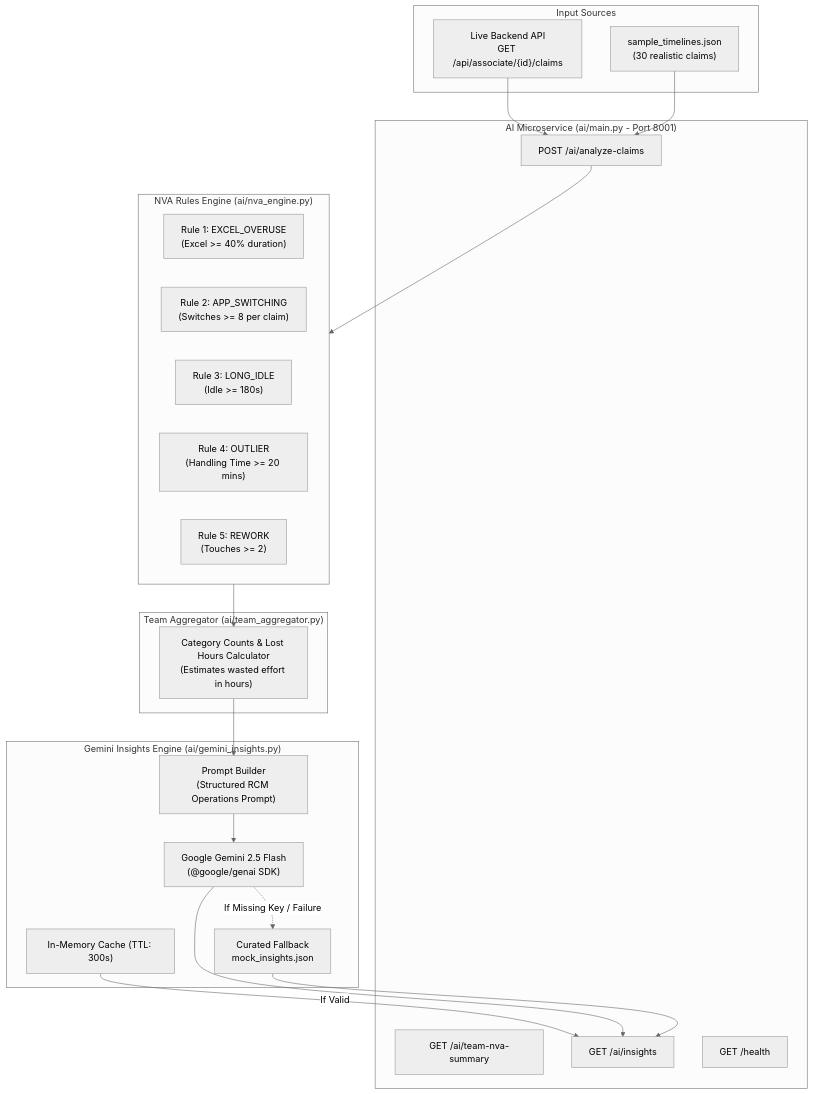
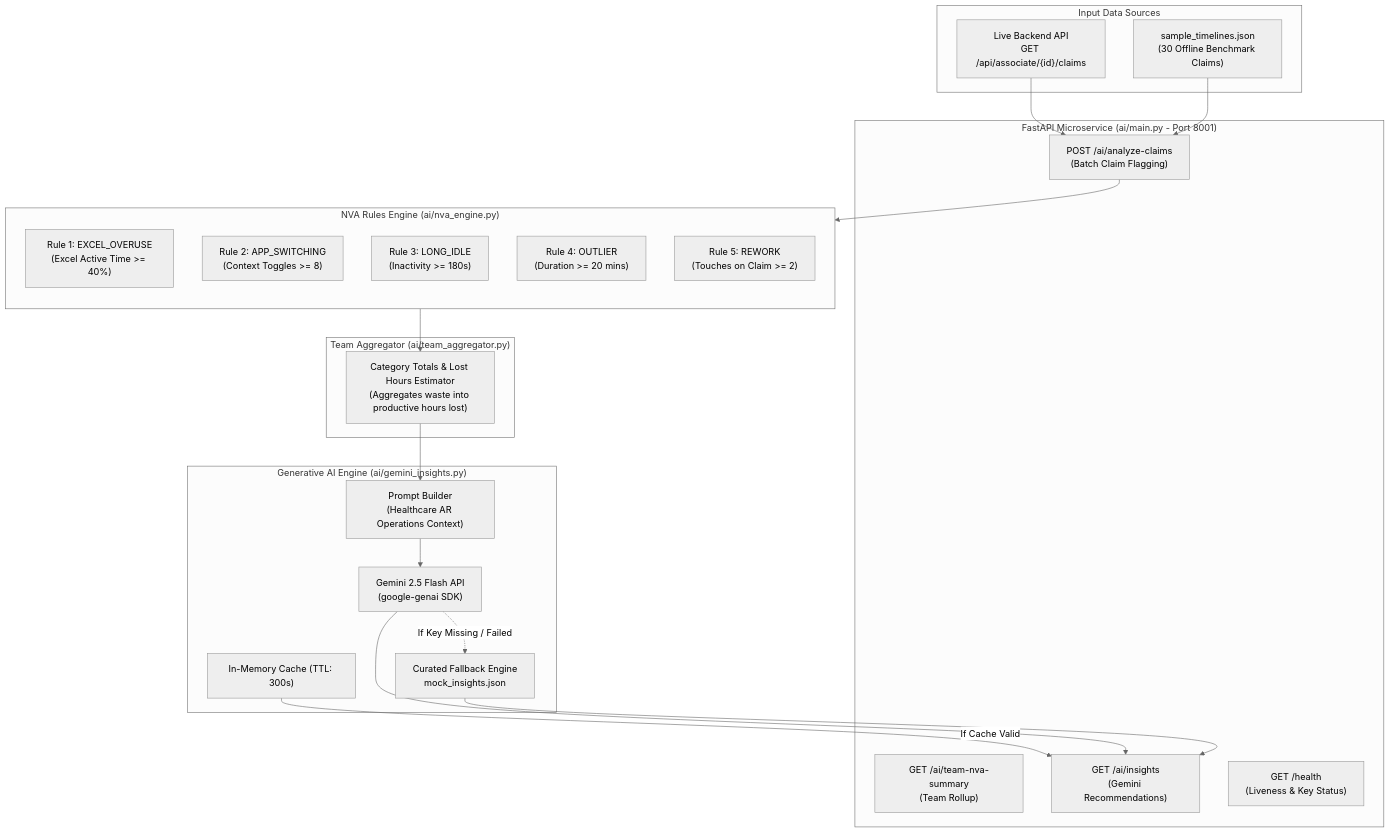
Before and after one commit to Gokul2004-ne/TMS: the diagram in ai/README.md, drawn with Mermaid (neutral theme). The commit also changed other lines of this file and 5 other files, not shown here.

````diff
--- a/ai/README.md
+++ b/ai/README.md
@@ -10,45 +23,46 @@
 ```mermaid
 flowchart TD
-    subgraph DataSources ["Input Sources"]
-        LiveAPI["Live Backend API\nGET /api/associate/{id}/claims"]
-        SampleFile["sample_timelines.json\n(30 realistic claims)"]
+    subgraph Ingestion ["Input Data Sources"]
+        LiveAPI["Live Backend API<br/>GET /api/associate/{id}/claims"]
+        SampleFile["sample_timelines.json<br/>(30 Offline Benchmark Claims)"]
     end
 
-    subgraph FastAPIService ["AI Microservice (ai/main.py - Port 8001)"]
-        AnalyzeEndpoint["POST /ai/analyze-claims"]
-        SummaryEndpoint["GET /ai/team-nva-summary"]
-        InsightsEndpoint["GET /ai/insights"]
-        HealthEndpoint["GET /health"]
+    subgraph ServiceController ["FastAPI Microservice (ai/main.py - Port 8001)"]
+        AnalyzeEndpoint["POST /ai/analyze-claims<br/>(Batch Claim Flagging)"]
+        SummaryEndpoint["GET /ai/team-nva-summary<br/>(Team Rollup)"]
+        InsightsEndpoint["GET /ai/insights<br/>(Gemini Recommendations)"]
+        HealthEndpoint["GET /health<br/>(Liveness & Key Status)"]
     end
 
     subgraph RulesEngine ["NVA Rules Engine (ai/nva_engine.py)"]
-        R1["Rule 1: EXCEL_OVERUSE\n(Excel >= 40% duration)"]
-        R2["Rule 2: APP_SWITCHING\n(Switches >= 8 per claim)"]
-        R3["Rule 3: LONG_IDLE\n(Idle >= 180s)"]
-        R4["Rule 4: OUTLIER\n(Handling Time >= 20 mins)"]
-        R5["Rule 5: REWORK\n(Touches >= 2)"]
+        direction TB
+        R1["Rule 1: EXCEL_OVERUSE<br/>(Excel Active Time >= 40%)"]
+        R2["Rule 2: APP_SWITCHING<br/>(Context Toggles >= 8)"]
+        R3["Rule 3: LONG_IDLE<br/>(Inactivity >= 180s)"]
+        R4["Rule 4: OUTLIER<br/>(Duration >= 20 mins)"]
+        R5["Rule 5: REWORK<br/>(Touches on Claim >= 2)"]
     end
 
-    subgraph AggregatorModule ["Team Aggregator (ai/team_aggregator.py)"]
-        Rollup["Category Counts & Lost Hours Calculator\n(Estimates wasted effort in hours)"]
+    subgraph Aggregator ["Team Aggregator (ai/team_aggregator.py)"]
+        LostTimeCalc["Category Totals & Lost Hours Estimator<br/>(Aggregates waste into productive hours lost)"]
     end
 
-    subgraph LLMGenerator ["Gemini Insights Engine (ai/gemini_insights.py)"]
+    subgraph GeminiModule ["Generative AI Engine (ai/gemini_insights.py)"]
         Cache["In-Memory Cache (TTL: 300s)"]
-        PromptBuilder["Prompt Builder\n(Structured RCM Operations Prompt)"]
-        GeminiAPI["Google Gemini 2.5 Flash\n(@google/genai SDK)"]
-        Fallback["Curated Fallback\nmock_insights.json"]
-        
-        Cache -->|"If Valid"| InsightsEndpoint
+        PromptBuilder["Prompt Builder<br/>(Healthcare AR Operations Context)"]
+        GeminiAPI["Gemini 2.5 Flash API<br/>(google-genai SDK)"]
+        Fallback["Curated Fallback Engine<br/>mock_insights.json"]
+
+        Cache -->|"If Cache Valid"| InsightsEndpoint
         PromptBuilder --> GeminiAPI
-        GeminiAPI -.->|"If Missing Key / Failure"| Fallback
+        GeminiAPI -.->|"If Key Missing / Failed"| Fallback
     end
 
     LiveAPI --> AnalyzeEndpoint
     SampleFile --> AnalyzeEndpoint
     AnalyzeEndpoint --> RulesEngine
-    RulesEngine --> Rollup
-    Rollup --> PromptBuilder
+    RulesEngine --> LostTimeCalc
+    LostTimeCalc --> PromptBuilder
     GeminiAPI --> InsightsEndpoint
     Fallback --> InsightsEndpoint
 ```
````
